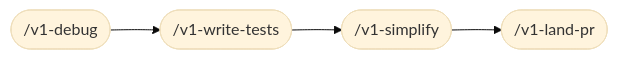
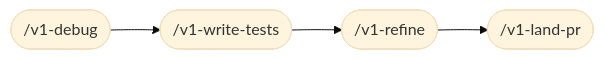
Before and after one commit to v1-io/v1tamins: the third of 6 diagrams in README.md, drawn with Mermaid (base theme). The commit also changed other lines of this file and 38 other files, not shown here.

````diff
--- a/README.md
+++ b/README.md
@@ -321,10 +317,10 @@
 ```mermaid
 flowchart LR
   A([/v1-debug]) --> B([/v1-write-tests])
-  B --> C([/v1-simplify])
+  B --> C([/v1-refine])
   C --> D([/v1-land-pr])
   click A href "./plugins/v1tamins/skills/v1-debug/SKILL.md"
   click B href "./plugins/v1tamins/skills/v1-write-tests/SKILL.md"
-  click C href "./plugins/v1tamins/skills/v1-simplify/SKILL.md"
+  click C href "./plugins/v1tamins/skills/v1-refine/SKILL.md"
   click D href "./plugins/v1tamins/skills/v1-land-pr/SKILL.md"
 ```
````
